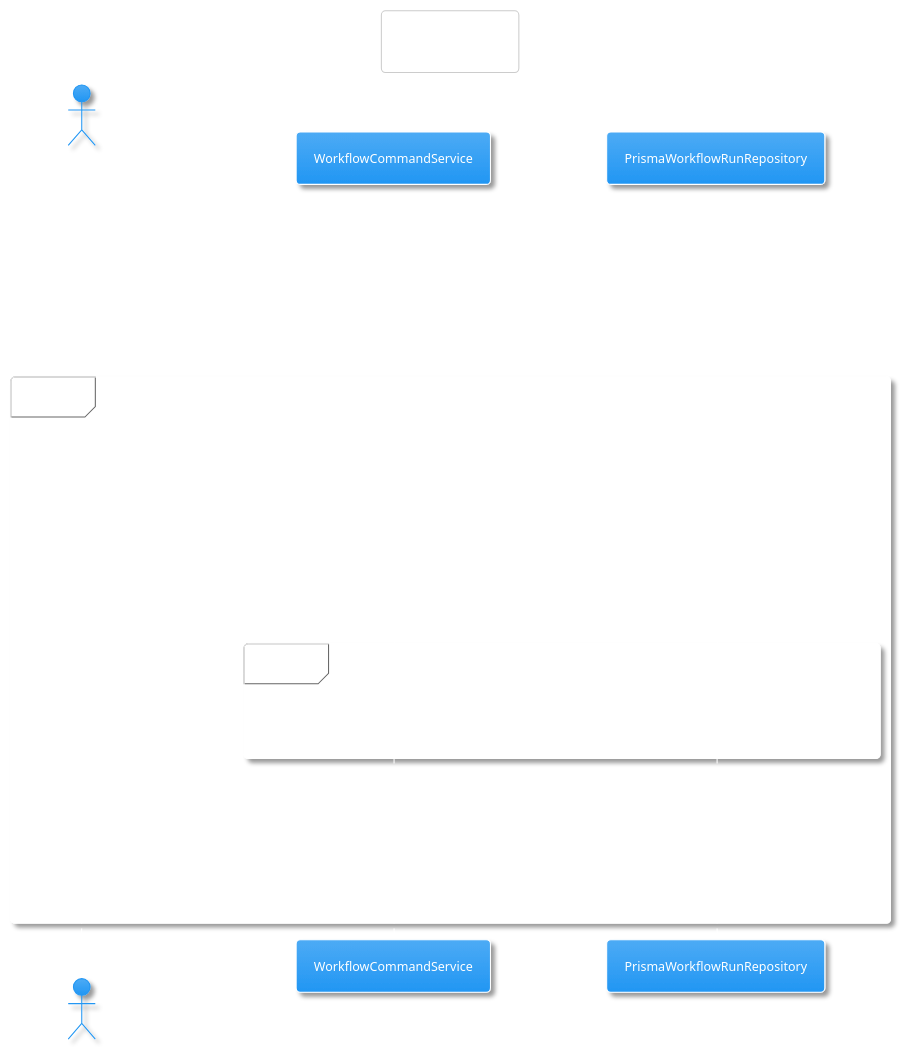
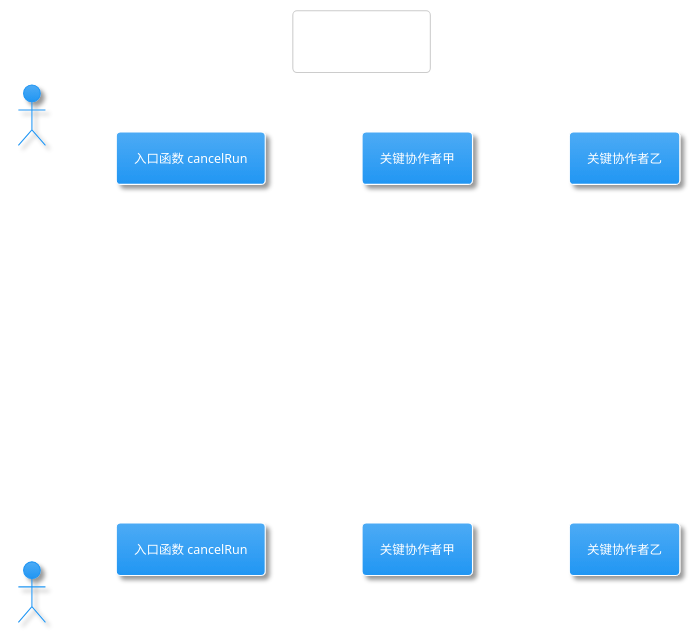
Before and after one commit to maroonxv/stock-screening-boost: the diagram in docs/workflow-viz/code/src-server-application-workflow-command-service-ts-b8963d50-sequence.puml, drawn with PlantUML. The commit also changed 20 other files, not shown here.

```diff
--- a/docs/workflow-viz/code/src-server-application-workflow-command-service-ts-b8963d50-sequence.puml
+++ b/docs/workflow-viz/code/src-server-application-workflow-command-service-ts-b8963d50-sequence.puml
@@ -1,41 +1,33 @@
 @startuml
 !theme materia
 skinparam defaultFontColor #FFFFFF
 skinparam ArrowColor #FFFFFF
 skinparam LineColor #FFFFFF
 skinparam PackageBorderColor #FFFFFF
 skinparam RectangleBorderColor #FFFFFF
 skinparam ComponentBorderColor #FFFFFF
 skinparam SequenceArrowColor #FFFFFF
 skinparam SequenceLifeLineBorderColor #FFFFFF
 skinparam SequenceParticipantBorderColor #FFFFFF
 skinparam SequenceParticipantFontColor #FFFFFF
 skinparam ActivityBorderColor #FFFFFF
 skinparam ActivityFontColor #FFFFFF
 skinparam ActivityDiamondBorderColor #FFFFFF
 skinparam ActivityDiamondFontColor #FFFFFF
 skinparam StateBorderColor #FFFFFF
 skinparam StateFontColor #FFFFFF
 title 协作顺序图
 autonumber
 
-actor "workflowRouter" as Router
-participant "WorkflowCommandService" as Service
-participant "PrismaWorkflowRunRepository" as Repository
+actor "发起方" as Caller
+participant "入口函数 cancelRun" as Entry
+participant "关键协作者甲" as DepA
+participant "关键协作者乙" as DepB
 
-Router -> Service : startWatchlistTimingPipeline(command)
-Service -> Service : 组装 query / input / idempotencyKey
-Service -> Repository : findPendingOrRunningByIdempotency()
-alt 命中已有 run
-  Repository --> Service : existing run
-  Service --> Router : 直接返回 existing runId
-else 创建新 run
-  Service -> Repository : getTemplateByCodeAndVersion()
-  alt 模板缺失
-    Service -> Repository : ensureWatchlistTimingPipelineTemplate()
-  end
-  Service -> Repository : createRun(nodeKeys, input, query)
-  Repository --> Service : run
-  Service --> Router : runId / status / createdAt
-end
+Caller -> Entry : 发起调用
+Entry -> DepA : 请求步骤一
+DepA --> Entry : 返回阶段结果
+Entry -> DepB : 请求步骤二
+DepB --> Entry : 返回阶段结果
+Entry --> Caller : 返回完成结果
 @enduml
```
